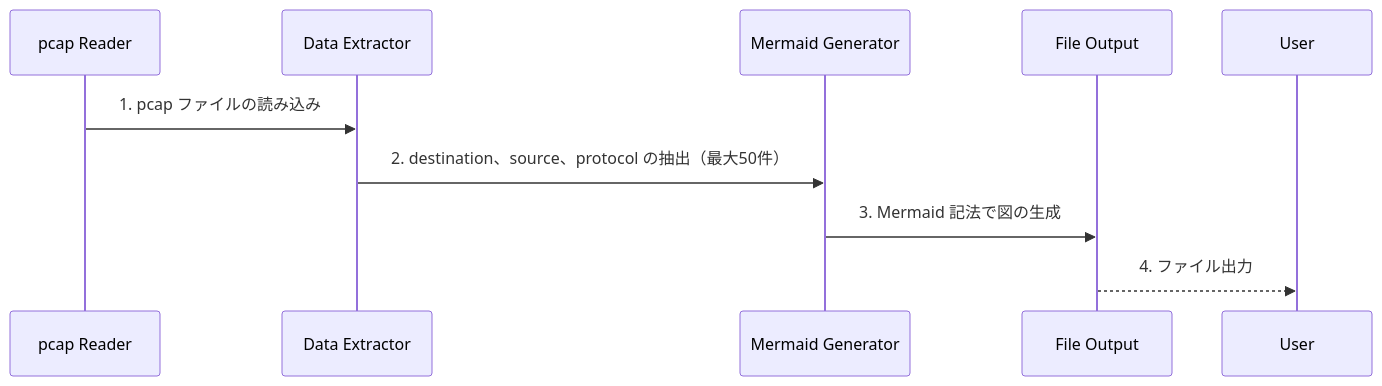
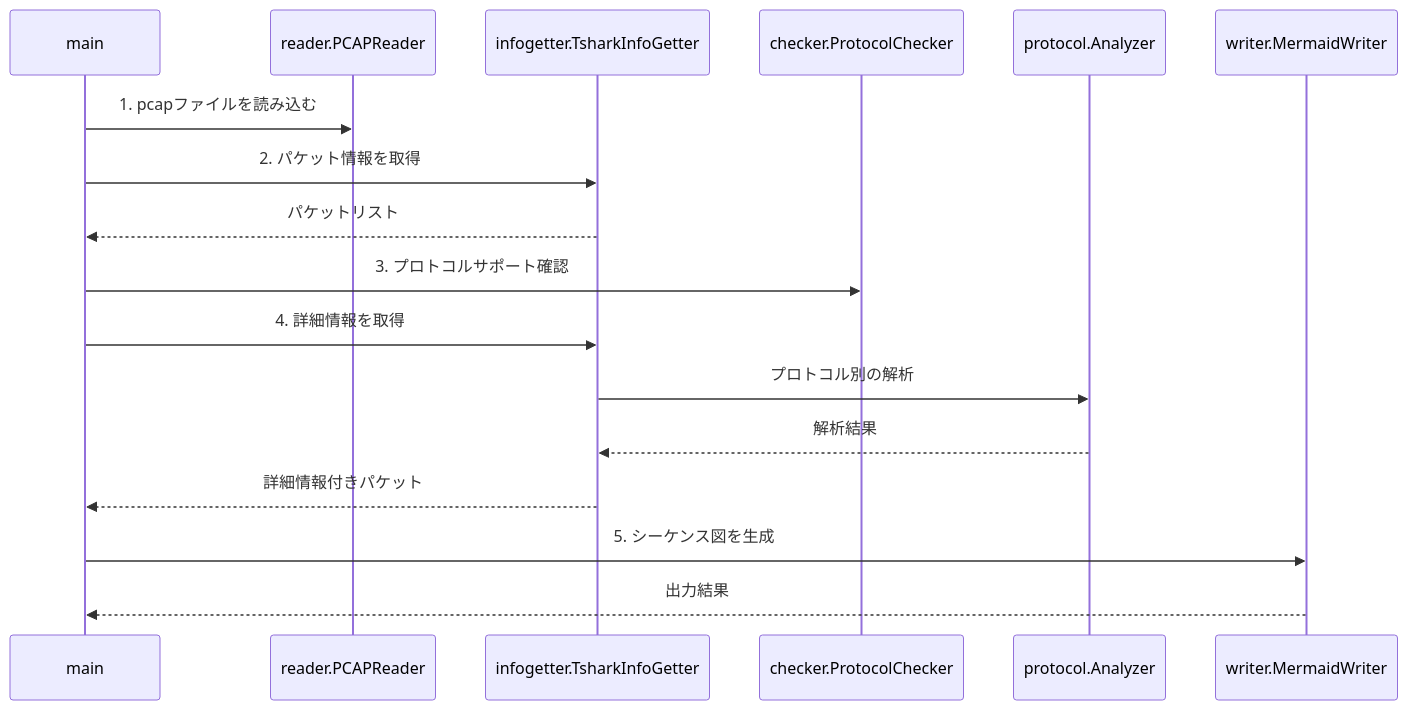
The second of 2 diagrams in packet_seaquence/docs/jp/design.md (off4321/tools), drawn with Mermaid before and after one commit. The commit also changed other lines of this file and 90 other files, not shown here.

````diff
--- a/packet_seaquence/docs/jp/design.md
+++ b/packet_seaquence/docs/jp/design.md
@@ -31,11 +43,20 @@
 ```mermaid
 sequenceDiagram
-    participant R as pcap Reader
-    participant E as Data Extractor
-    participant M as Mermaid Generator
-    participant O as File Output
-    R->>E: 1. pcap ファイルの読み込み
-    E->>M: 2. destination、source、protocol の抽出（最大50件）
-    M->>O: 3. Mermaid 記法で図の生成
-    O-->>User: 4. ファイル出力
+    participant M as main
+    participant R as reader.PCAPReader
+    participant I as infogetter.TsharkInfoGetter
+    participant C as checker.ProtocolChecker
+    participant P as protocol.Analyzer
+    participant W as writer.MermaidWriter
+    
+    M->>R: 1. pcapファイルを読み込む
+    M->>I: 2. パケット情報を取得
+    I-->>M: パケットリスト
+    M->>C: 3. プロトコルサポート確認
+    M->>I: 4. 詳細情報を取得
+    I->>P: プロトコル別の解析
+    P-->>I: 解析結果
+    I-->>M: 詳細情報付きパケット
+    M->>W: 5. シーケンス図を生成
+    W-->>M: 出力結果
 ```
````
